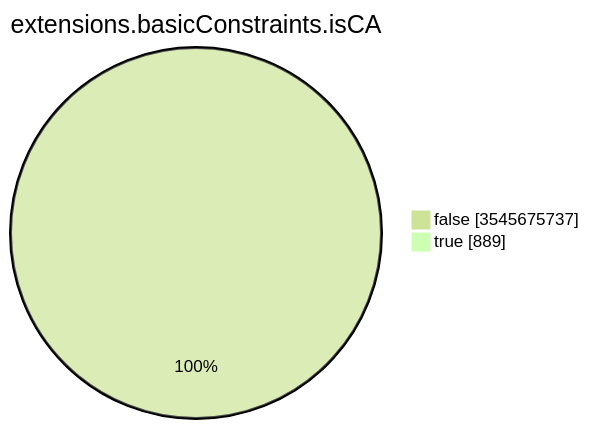
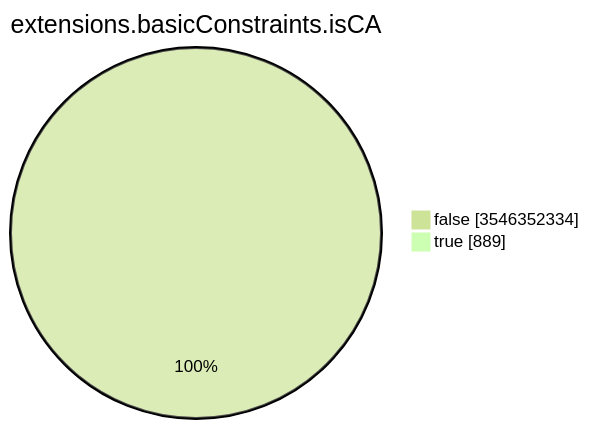
One commit to christiankrug/ctmonitor_visualization changed the seventh of 15 diagrams in TOTAL/README.md. Above: the diagram before and after it, drawn with Mermaid (forest theme). The commit also changed other lines of this file, not shown here.

````diff
--- a/TOTAL/README.md
+++ b/TOTAL/README.md
@@ -3094,6 +3094,6 @@
 ```mermaid
 pie showData
 title extensions.basicConstraints.isCA
-"false" :3545675737
+"false" :3546352334
 "true" :889
 ```
````
